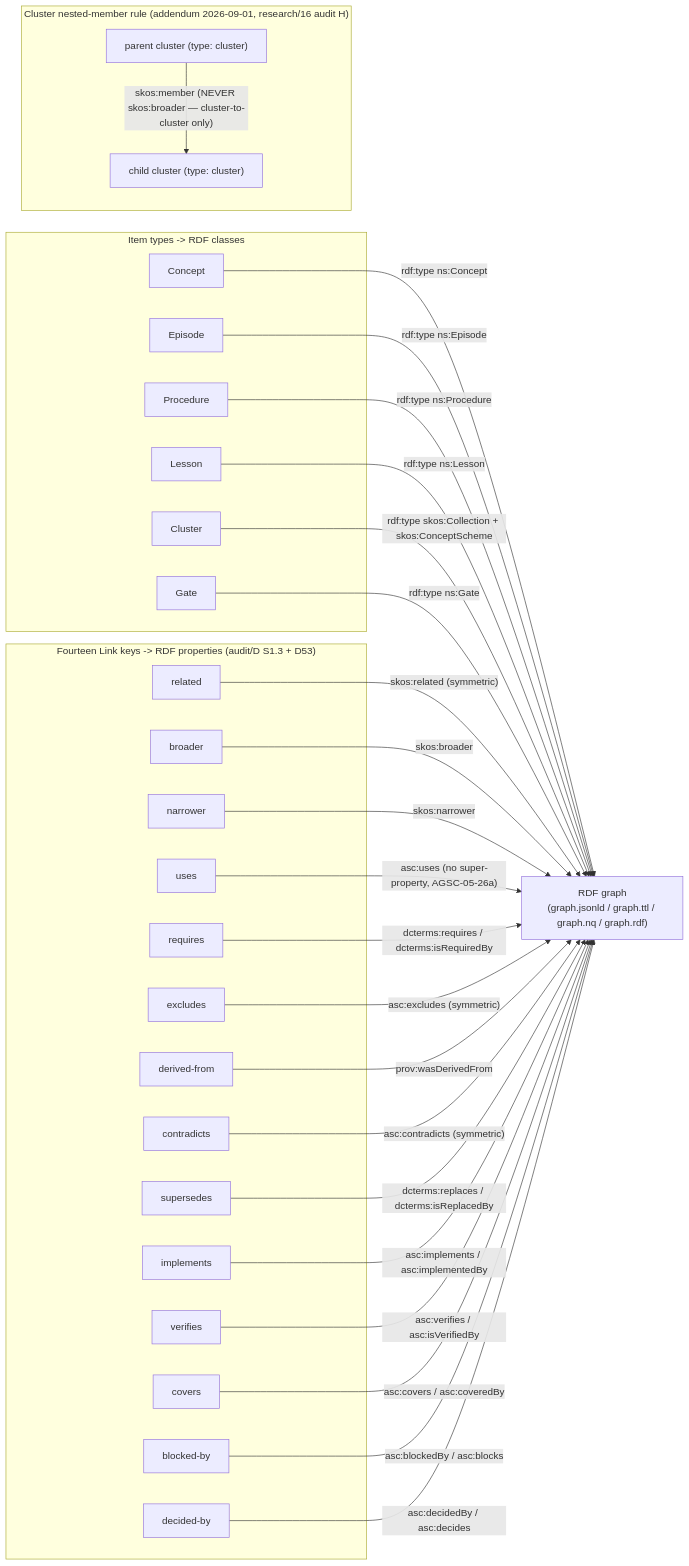
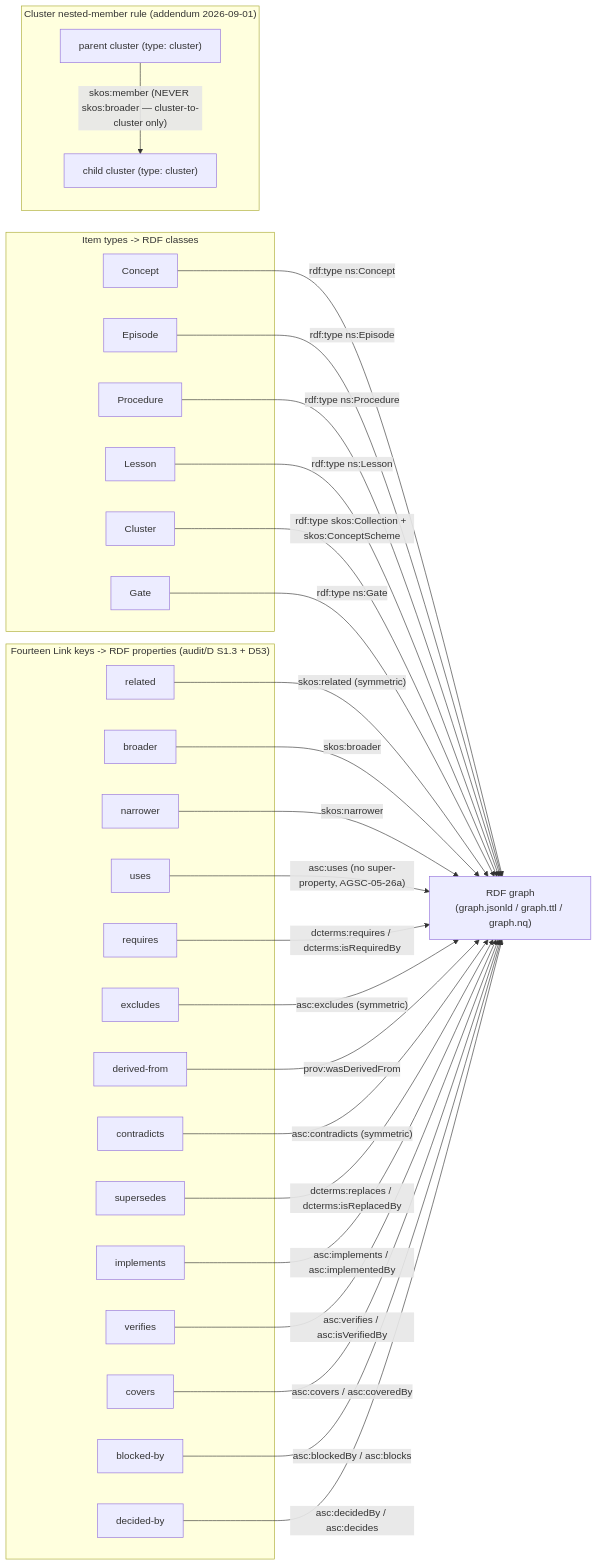
The diagram in docs/diagrams/schema-ontology.md (andreibesleaga/agentic-system-core), drawn with Mermaid before and after one commit. The commit also changed other lines of this file and 229 other files, not shown here.

````diff
--- a/docs/diagrams/schema-ontology.md
+++ b/docs/diagrams/schema-ontology.md
@@ -3,59 +5,59 @@
 ```mermaid
 flowchart LR
   subgraph TYPES["Item types -> RDF classes"]
     Concept
     Episode
     Procedure
     Lesson
     ClusterT["Cluster"]
     Gate
   end
 
-  RDF["RDF graph\n(graph.jsonld / graph.ttl / graph.nq / graph.rdf)"]
+  RDF["RDF graph\n(graph.jsonld / graph.ttl / graph.nq)"]
 
   Concept -->|"rdf:type ns:Concept"| RDF
   Episode -->|"rdf:type ns:Episode"| RDF
   Procedure -->|"rdf:type ns:Procedure"| RDF
   Lesson -->|"rdf:type ns:Lesson"| RDF
   ClusterT -->|"rdf:type skos:Collection + skos:ConceptScheme"| RDF
   Gate -->|"rdf:type ns:Gate"| RDF
 
   subgraph LINKS["Fourteen Link keys -> RDF properties (audit/D S1.3 + D53)"]
     related
     broader
     narrower
     uses
     requires
     excludes
     derivedFrom["derived-from"]
     contradicts
     supersedes
     implements
     verifies
     covers
     blockedBy["blocked-by"]
     decidedBy["decided-by"]
   end
 
   related -->|"skos:related (symmetric)"| RDF
   broader -->|"skos:broader"| RDF
   narrower -->|"skos:narrower"| RDF
   uses -->|"asc:uses (no super-property, AGSC-05-26a)"| RDF
   requires -->|"dcterms:requires / dcterms:isRequiredBy"| RDF
   excludes -->|"asc:excludes (symmetric)"| RDF
   derivedFrom -->|"prov:wasDerivedFrom"| RDF
   contradicts -->|"asc:contradicts (symmetric)"| RDF
   supersedes -->|"dcterms:replaces / dcterms:isReplacedBy"| RDF
   implements -->|"asc:implements / asc:implementedBy"| RDF
   verifies -->|"asc:verifies / asc:isVerifiedBy"| RDF
   covers -->|"asc:covers / asc:coveredBy"| RDF
   blockedBy -->|"asc:blockedBy / asc:blocks"| RDF
   decidedBy -->|"asc:decidedBy / asc:decides"| RDF
 
-  subgraph NESTED["Cluster nested-member rule (addendum 2026-09-01, research/16 audit H)"]
+  subgraph NESTED["Cluster nested-member rule (addendum 2026-09-01)"]
     Parent["parent cluster (type: cluster)"]
     Child["child cluster (type: cluster)"]
   end
 
   Parent -->|"skos:member (NEVER skos:broader — cluster-to-cluster only)"| Child
 ```
````
